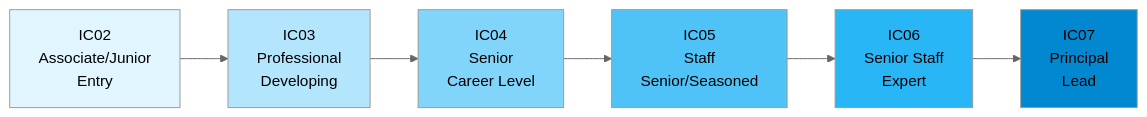
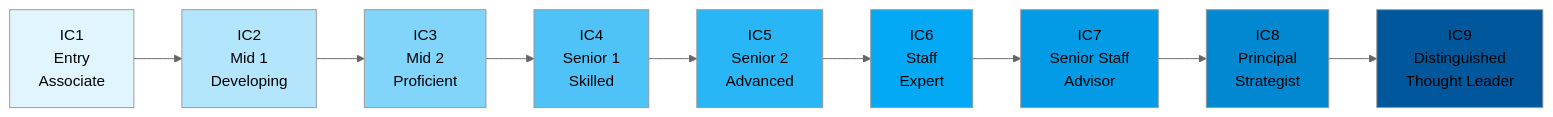
One commit to ultralytics/handbook changed the diagram in docs/en/people/careers/levels-ic.md. Above: the diagram before and after it, drawn with Mermaid (neutral theme). The commit also changed other lines of this file and 5 other files, not shown here.

````diff
--- a/docs/en/people/careers/levels-ic.md
+++ b/docs/en/people/careers/levels-ic.md
@@ -16,15 +16,21 @@
 ```mermaid
 graph LR
-    IC02[IC02<br/>Associate/Junior<br/>Entry] --> IC03[IC03<br/>Professional<br/>Developing]
-    IC03 --> IC04[IC04<br/>Senior<br/>Career Level]
-    IC04 --> IC05[IC05<br/>Staff<br/>Senior/Seasoned]
-    IC05 --> IC06[IC06<br/>Senior Staff<br/>Expert]
-    IC06 --> IC07[IC07<br/>Principal<br/>Lead]
+    IC1[IC1<br/>Entry<br/>Associate] --> IC2[IC2<br/>Mid 1<br/>Developing]
+    IC2 --> IC3[IC3<br/>Mid 2<br/>Proficient]
+    IC3 --> IC4[IC4<br/>Senior 1<br/>Skilled]
+    IC4 --> IC5[IC5<br/>Senior 2<br/>Advanced]
+    IC5 --> IC6[IC6<br/>Staff<br/>Expert]
+    IC6 --> IC7[IC7<br/>Senior Staff<br/>Advisor]
+    IC7 --> IC8[IC8<br/>Principal<br/>Strategist]
+    IC8 --> IC9[IC9<br/>Distinguished<br/>Thought Leader]
 
-    style IC02 fill:#e1f5ff
-    style IC03 fill:#b3e5fc
-    style IC04 fill:#81d4fa
-    style IC05 fill:#4fc3f7
-    style IC06 fill:#29b6f6
-    style IC07 fill:#0288d1
+    style IC1 fill:#e1f5ff
+    style IC2 fill:#b3e5fc
+    style IC3 fill:#81d4fa
+    style IC4 fill:#4fc3f7
+    style IC5 fill:#29b6f6
+    style IC6 fill:#03a9f4
+    style IC7 fill:#039be5
+    style IC8 fill:#0288d1
+    style IC9 fill:#01579b
 ```
````
